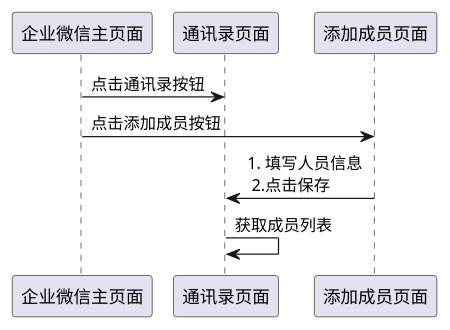
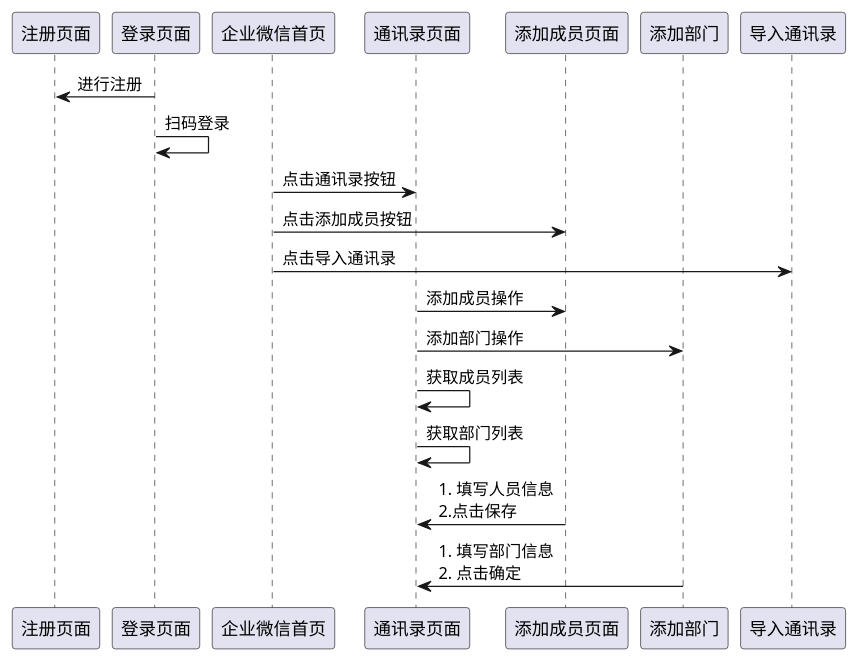
One commit to zhaoyang6943/ceshi changed the diagram in Web自动化测试/web实战02/test_wechat.puml. Above: the diagram before and after it, drawn with PlantUML. The commit also changed 11 other files, not shown here.

```diff
--- a/Web自动化测试/web实战02/test_wechat.puml
+++ b/Web自动化测试/web实战02/test_wechat.puml
@@ -2,18 +2,35 @@
 @startuml
+participant 注册页面 as register
 
-participant 企业微信主页面 as main
+participant 登录页面 as login
+
+participant 企业微信首页 as main
 
 participant 通讯录页面 as contact
 
 participant 添加成员页面 as add_member
 
+participant 添加部门 as add_department
+
+participant 导入通讯录 as import_address_book
+
+
+login -> register: 进行注册
+login -> login: 扫码登录
+
 main -> contact: 点击通讯录按钮
 main -> add_member: 点击添加成员按钮
-add_member -> contact : 1. 填写人员信息 \n 2.点击保存
-contact -> contact: 获取成员列表
+main -> import_address_book: 点击导入通讯录
 
 
+contact -> add_member: 添加成员操作
+contact -> add_department: 添加部门操作
+contact -> contact: 获取成员列表
+contact -> contact: 获取部门列表
 
+add_member -> contact : 1. 填写人员信息 \n2.点击保存
+
+add_department -> contact: 1. 填写部门信息 \n2. 点击确定
 
 
 @enduml
```
